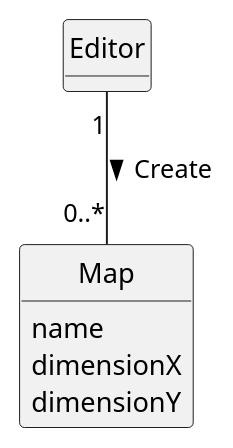
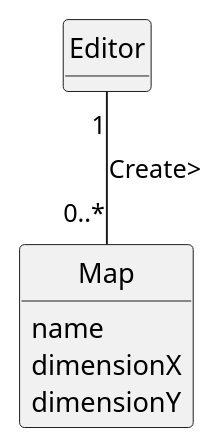
One commit to bruno-monteiro5/sem2-pi-24.25-g132-repo changed the diagram in docs/system-documentation/US001/02.analysis/puml/US001-DM.puml. Above: the diagram before and after it, drawn with PlantUML. The commit also changed 2 other files, not shown here.

```diff
--- a/docs/system-documentation/US001/02.analysis/puml/US001-DM.puml
+++ b/docs/system-documentation/US001/02.analysis/puml/US001-DM.puml
@@ -1,33 +1,33 @@
 @startuml
 skinparam monochrome true
 skinparam packageStyle rectangle
 skinparam shadowing false
 
 'left to right direction
 
 skinparam classAttributeIconSize 0
 
 hide circle
 hide methods
 
 'title Domain Model
 
 class Editor {
 
  }
 
  class Map {
  name
  dimensionX
  dimensionY
  }
 
 
 
 
 
  'Platform "1" -- "*" Organization : has registered >
  'Platform "1" -- "*" Category : defines >
- Editor "1" -- "0..*" Map : Create >
+ Editor "1" -- "0..*" Map : Create>
 
 @enduml
```
